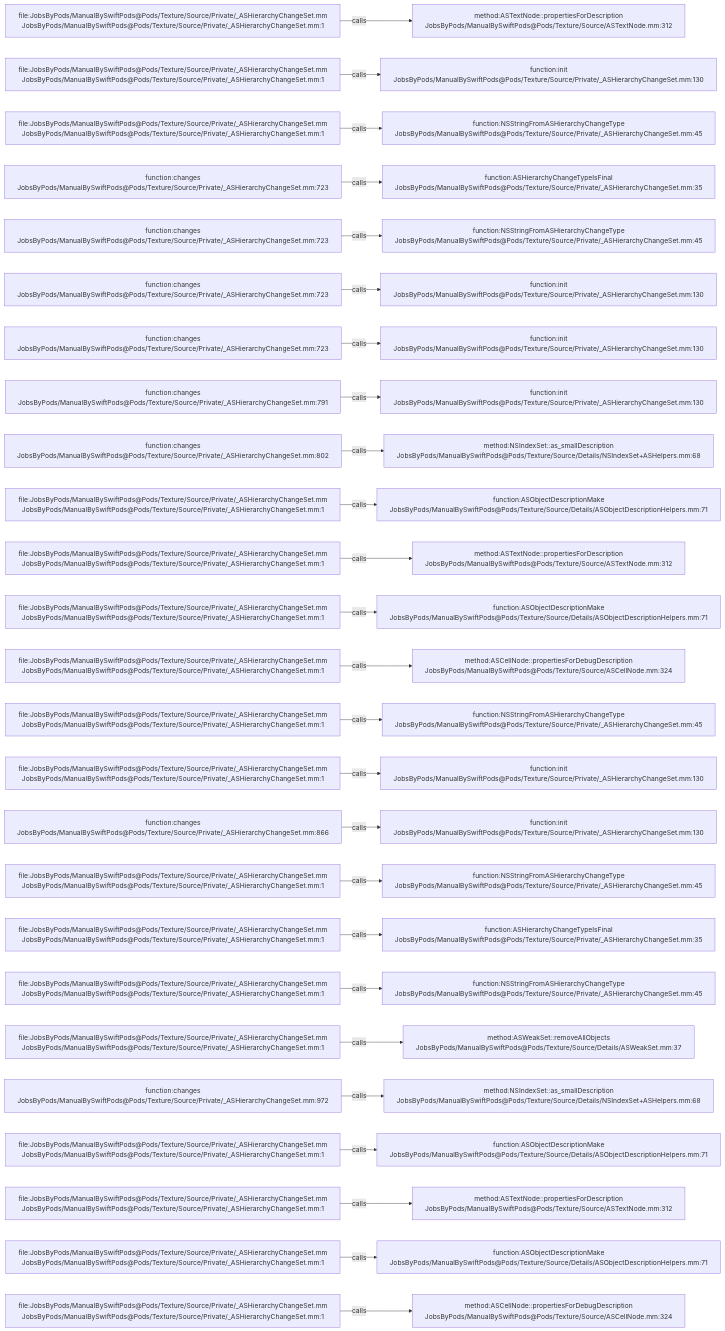
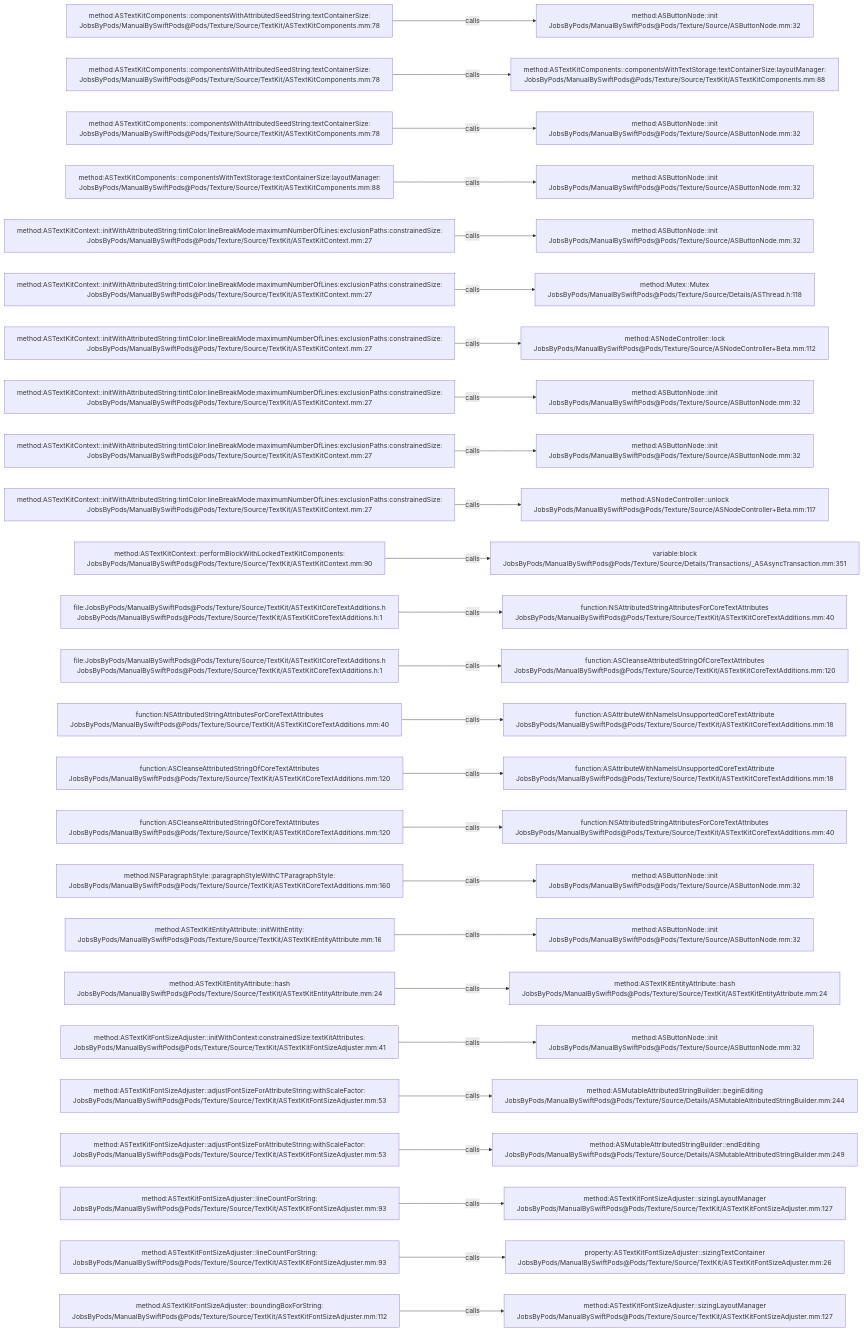
One commit to JobsKits/JobsSwiftBaseConfigDemo changed the diagram in .codegraph/codegraph.md/graphs/calls-148.md. Above: the diagram before and after it, drawn with Mermaid. The commit also changed 832 other files, not shown here.

````diff
--- a/.codegraph/codegraph.md/graphs/calls-148.md
+++ b/.codegraph/codegraph.md/graphs/calls-148.md
@@ -13,78 +13,78 @@
 ```mermaid
 flowchart LR
-  S1["file:JobsByPods/ManualBySwiftPods@Pods/Texture/Source/Private/_ASHierarchyChangeSet.mm<br/>JobsByPods/ManualBySwiftPods@Pods/Texture/Source/Private/_ASHierarchyChangeSet.mm:1"]
-  T1["method:ASTextNode::propertiesForDescription<br/>JobsByPods/ManualBySwiftPods@Pods/Texture/Source/ASTextNode.mm:312"]
+  S1["method:ASTextKitComponents::componentsWithAttributedSeedString:textContainerSize:<br/>JobsByPods/ManualBySwiftPods@Pods/Texture/Source/TextKit/ASTextKitComponents.mm:78"]
+  T1["method:ASButtonNode::init<br/>JobsByPods/ManualBySwiftPods@Pods/Texture/Source/ASButtonNode.mm:32"]
   S1 -->|calls| T1
-  S2["file:JobsByPods/ManualBySwiftPods@Pods/Texture/Source/Private/_ASHierarchyChangeSet.mm<br/>JobsByPods/ManualBySwiftPods@Pods/Texture/Source/Private/_ASHierarchyChangeSet.mm:1"]
-  T2["function:init<br/>JobsByPods/ManualBySwiftPods@Pods/Texture/Source/Private/_ASHierarchyChangeSet.mm:130"]
+  S2["method:ASTextKitComponents::componentsWithAttributedSeedString:textContainerSize:<br/>JobsByPods/ManualBySwiftPods@Pods/Texture/Source/TextKit/ASTextKitComponents.mm:78"]
+  T2["method:ASTextKitComponents::componentsWithTextStorage:textContainerSize:layoutManager:<br/>JobsByPods/ManualBySwiftPods@Pods/Texture/Source/TextKit/ASTextKitComponents.mm:88"]
   S2 -->|calls| T2
-  S3["file:JobsByPods/ManualBySwiftPods@Pods/Texture/Source/Private/_ASHierarchyChangeSet.mm<br/>JobsByPods/ManualBySwiftPods@Pods/Texture/Source/Private/_ASHierarchyChangeSet.mm:1"]
-  T3["function:NSStringFromASHierarchyChangeType<br/>JobsByPods/ManualBySwiftPods@Pods/Texture/Source/Private/_ASHierarchyChangeSet.mm:45"]
+  S3["method:ASTextKitComponents::componentsWithAttributedSeedString:textContainerSize:<br/>JobsByPods/ManualBySwiftPods@Pods/Texture/Source/TextKit/ASTextKitComponents.mm:78"]
+  T3["method:ASButtonNode::init<br/>JobsByPods/ManualBySwiftPods@Pods/Texture/Source/ASButtonNode.mm:32"]
   S3 -->|calls| T3
-  S4["function:changes<br/>JobsByPods/ManualBySwiftPods@Pods/Texture/Source/Private/_ASHierarchyChangeSet.mm:723"]
-  T4["function:ASHierarchyChangeTypeIsFinal<br/>JobsByPods/ManualBySwiftPods@Pods/Texture/Source/Private/_ASHierarchyChangeSet.mm:35"]
+  S4["method:ASTextKitComponents::componentsWithTextStorage:textContainerSize:layoutManager:<br/>JobsByPods/ManualBySwiftPods@Pods/Texture/Source/TextKit/ASTextKitComponents.mm:88"]
+  T4["method:ASButtonNode::init<br/>JobsByPods/ManualBySwiftPods@Pods/Texture/Source/ASButtonNode.mm:32"]
   S4 -->|calls| T4
-  S5["function:changes<br/>JobsByPods/ManualBySwiftPods@Pods/Texture/Source/Private/_ASHierarchyChangeSet.mm:723"]
-  T5["function:NSStringFromASHierarchyChangeType<br/>JobsByPods/ManualBySwiftPods@Pods/Texture/Source/Private/_ASHierarchyChangeSet.mm:45"]
+  S5["method:ASTextKitContext::initWithAttributedString:tintColor:lineBreakMode:maximumNumberOfLines:exclusionPaths:constrainedSize:<br/>JobsByPods/ManualBySwiftPods@Pods/Texture/Source/TextKit/ASTextKitContext.mm:27"]
+  T5["method:ASButtonNode::init<br/>JobsByPods/ManualBySwiftPods@Pods/Texture/Source/ASButtonNode.mm:32"]
   S5 -->|calls| T5
-  S6["function:changes<br/>JobsByPods/ManualBySwiftPods@Pods/Texture/Source/Private/_ASHierarchyChangeSet.mm:723"]
-  T6["function:init<br/>JobsByPods/ManualBySwiftPods@Pods/Texture/Source/Private/_ASHierarchyChangeSet.mm:130"]
+  S6["method:ASTextKitContext::initWithAttributedString:tintColor:lineBreakMode:maximumNumberOfLines:exclusionPaths:constrainedSize:<br/>JobsByPods/ManualBySwiftPods@Pods/Texture/Source/TextKit/ASTextKitContext.mm:27"]
+  T6["method:Mutex::Mutex<br/>JobsByPods/ManualBySwiftPods@Pods/Texture/Source/Details/ASThread.h:118"]
   S6 -->|calls| T6
-  S7["function:changes<br/>JobsByPods/ManualBySwiftPods@Pods/Texture/Source/Private/_ASHierarchyChangeSet.mm:723"]
-  T7["function:init<br/>JobsByPods/ManualBySwiftPods@Pods/Texture/Source/Private/_ASHierarchyChangeSet.mm:130"]
+  S7["method:ASTextKitContext::initWithAttributedString:tintColor:lineBreakMode:maximumNumberOfLines:exclusionPaths:constrainedSize:<br/>JobsByPods/ManualBySwiftPods@Pods/Texture/Source/TextKit/ASTextKitContext.mm:27"]
+  T7["method:ASNodeController::lock<br/>JobsByPods/ManualBySwiftPods@Pods/Texture/Source/ASNodeController+Beta.mm:112"]
   S7 -->|calls| T7
-  S8["function:changes<br/>JobsByPods/ManualBySwiftPods@Pods/Texture/Source/Private/_ASHierarchyChangeSet.mm:791"]
-  T8["function:init<br/>JobsByPods/ManualBySwiftPods@Pods/Texture/Source/Private/_ASHierarchyChangeSet.mm:130"]
+  S8["method:ASTextKitContext::initWithAttributedString:tintColor:lineBreakMode:maximumNumberOfLines:exclusionPaths:constrainedSize:<br/>JobsByPods/ManualBySwiftPods@Pods/Texture/Source/TextKit/ASTextKitContext.mm:27"]
+  T8["method:ASButtonNode::init<br/>JobsByPods/ManualBySwiftPods@Pods/Texture/Source/ASButtonNode.mm:32"]
   S8 -->|calls| T8
-  S9["function:changes<br/>JobsByPods/ManualBySwiftPods@Pods/Texture/Source/Private/_ASHierarchyChangeSet.mm:802"]
-  T9["method:NSIndexSet::as_smallDescription<br/>JobsByPods/ManualBySwiftPods@Pods/Texture/Source/Details/NSIndexSet+ASHelpers.mm:68"]
+  S9["method:ASTextKitContext::initWithAttributedString:tintColor:lineBreakMode:maximumNumberOfLines:exclusionPaths:constrainedSize:<br/>JobsByPods/ManualBySwiftPods@Pods/Texture/Source/TextKit/ASTextKitContext.mm:27"]
+  T9["method:ASButtonNode::init<br/>JobsByPods/ManualBySwiftPods@Pods/Texture/Source/ASButtonNode.mm:32"]
   S9 -->|calls| T9
-  S10["file:JobsByPods/ManualBySwiftPods@Pods/Texture/Source/Private/_ASHierarchyChangeSet.mm<br/>JobsByPods/ManualBySwiftPods@Pods/Texture/Source/Private/_ASHierarchyChangeSet.mm:1"]
-  T10["function:ASObjectDescriptionMake<br/>JobsByPods/ManualBySwiftPods@Pods/Texture/Source/Details/ASObjectDescriptionHelpers.mm:71"]
+  S10["method:ASTextKitContext::initWithAttributedString:tintColor:lineBreakMode:maximumNumberOfLines:exclusionPaths:constrainedSize:<br/>JobsByPods/ManualBySwiftPods@Pods/Texture/Source/TextKit/ASTextKitContext.mm:27"]
+  T10["method:ASNodeController::unlock<br/>JobsByPods/ManualBySwiftPods@Pods/Texture/Source/ASNodeController+Beta.mm:117"]
   S10 -->|calls| T10
-  S11["file:JobsByPods/ManualBySwiftPods@Pods/Texture/Source/Private/_ASHierarchyChangeSet.mm<br/>JobsByPods/ManualBySwiftPods@Pods/Texture/Source/Private/_ASHierarchyChangeSet.mm:1"]
-  T11["method:ASTextNode::propertiesForDescription<br/>JobsByPods/ManualBySwiftPods@Pods/Texture/Source/ASTextNode.mm:312"]
+  S11["method:ASTextKitContext::performBlockWithLockedTextKitComponents:<br/>JobsByPods/ManualBySwiftPods@Pods/Texture/Source/TextKit/ASTextKitContext.mm:90"]
+  T11["variable:block<br/>JobsByPods/ManualBySwiftPods@Pods/Texture/Source/Details/Transactions/_ASAsyncTransaction.mm:351"]
   S11 -->|calls| T11
-  S12["file:JobsByPods/ManualBySwiftPods@Pods/Texture/Source/Private/_ASHierarchyChangeSet.mm<br/>JobsByPods/ManualBySwiftPods@Pods/Texture/Source/Private/_ASHierarchyChangeSet.mm:1"]
-  T12["function:ASObjectDescriptionMake<br/>JobsByPods/ManualBySwiftPods@Pods/Texture/Source/Details/ASObjectDescriptionHelpers.mm:71"]
+  S12["file:JobsByPods/ManualBySwiftPods@Pods/Texture/Source/TextKit/ASTextKitCoreTextAdditions.h<br/>JobsByPods/ManualBySwiftPods@Pods/Texture/Source/TextKit/ASTextKitCoreTextAdditions.h:1"]
+  T12["function:NSAttributedStringAttributesForCoreTextAttributes<br/>JobsByPods/ManualBySwiftPods@Pods/Texture/Source/TextKit/ASTextKitCoreTextAdditions.mm:40"]
   S12 -->|calls| T12
-  S13["file:JobsByPods/ManualBySwiftPods@Pods/Texture/Source/Private/_ASHierarchyChangeSet.mm<br/>JobsByPods/ManualBySwiftPods@Pods/Texture/Source/Private/_ASHierarchyChangeSet.mm:1"]
-  T13["method:ASCellNode::propertiesForDebugDescription<br/>JobsByPods/ManualBySwiftPods@Pods/Texture/Source/ASCellNode.mm:324"]
+  S13["file:JobsByPods/ManualBySwiftPods@Pods/Texture/Source/TextKit/ASTextKitCoreTextAdditions.h<br/>JobsByPods/ManualBySwiftPods@Pods/Texture/Source/TextKit/ASTextKitCoreTextAdditions.h:1"]
+  T13["function:ASCleanseAttributedStringOfCoreTextAttributes<br/>JobsByPods/ManualBySwiftPods@Pods/Texture/Source/TextKit/ASTextKitCoreTextAdditions.mm:120"]
   S13 -->|calls| T13
-  S14["file:JobsByPods/ManualBySwiftPods@Pods/Texture/Source/Private/_ASHierarchyChangeSet.mm<br/>JobsByPods/ManualBySwiftPods@Pods/Texture/Source/Private/_ASHierarchyChangeSet.mm:1"]
-  T14["function:NSStringFromASHierarchyChangeType<br/>JobsByPods/ManualBySwiftPods@Pods/Texture/Source/Private/_ASHierarchyChangeSet.mm:45"]
+  S14["function:NSAttributedStringAttributesForCoreTextAttributes<br/>JobsByPods/ManualBySwiftPods@Pods/Texture/Source/TextKit/ASTextKitCoreTextAdditions.mm:40"]
+  T14["function:ASAttributeWithNameIsUnsupportedCoreTextAttribute<br/>JobsByPods/ManualBySwiftPods@Pods/Texture/Source/TextKit/ASTextKitCoreTextAdditions.mm:18"]
   S14 -->|calls| T14
-  S15["file:JobsByPods/ManualBySwiftPods@Pods/Texture/Source/Private/_ASHierarchyChangeSet.mm<br/>JobsByPods/ManualBySwiftPods@Pods/Texture/Source/Private/_ASHierarchyChangeSet.mm:1"]
-  T15["function:init<br/>JobsByPods/ManualBySwiftPods@Pods/Texture/Source/Private/_ASHierarchyChangeSet.mm:130"]
+  S15["function:ASCleanseAttributedStringOfCoreTextAttributes<br/>JobsByPods/ManualBySwiftPods@Pods/Texture/Source/TextKit/ASTextKitCoreTextAdditions.mm:120"]
+  T15["function:ASAttributeWithNameIsUnsupportedCoreTextAttribute<br/>JobsByPods/ManualBySwiftPods@Pods/Texture/Source/TextKit/ASTextKitCoreTextAdditions.mm:18"]
   S15 -->|calls| T15
-  S16["function:changes<br/>JobsByPods/ManualBySwiftPods@Pods/Texture/Source/Private/_ASHierarchyChangeSet.mm:866"]
-  T16["function:init<br/>JobsByPods/ManualBySwiftPods@Pods/Texture/Source/Private/_ASHierarchyChangeSet.mm:130"]
+  S16["function:ASCleanseAttributedStringOfCoreTextAttributes<br/>JobsByPods/ManualBySwiftPods@Pods/Texture/Source/TextKit/ASTextKitCoreTextAdditions.mm:120"]
+  T16["function:NSAttributedStringAttributesForCoreTextAttributes<br/>JobsByPods/ManualBySwiftPods@Pods/Texture/Source/TextKit/ASTextKitCoreTextAdditions.mm:40"]
   S16 -->|calls| T16
-  S17["file:JobsByPods/ManualBySwiftPods@Pods/Texture/Source/Private/_ASHierarchyChangeSet.mm<br/>JobsByPods/ManualBySwiftPods@Pods/Texture/Source/Private/_ASHierarchyChangeSet.mm:1"]
-  T17["function:NSStringFromASHierarchyChangeType<br/>JobsByPods/ManualBySwiftPods@Pods/Texture/Source/Private/_ASHierarchyChangeSet.mm:45"]
+  S17["method:NSParagraphStyle::paragraphStyleWithCTParagraphStyle:<br/>JobsByPods/ManualBySwiftPods@Pods/Texture/Source/TextKit/ASTextKitCoreTextAdditions.mm:160"]
+  T17["method:ASButtonNode::init<br/>JobsByPods/ManualBySwiftPods@Pods/Texture/Source/ASButtonNode.mm:32"]
   S17 -->|calls| T17
-  S18["file:JobsByPods/ManualBySwiftPods@Pods/Texture/Source/Private/_ASHierarchyChangeSet.mm<br/>JobsByPods/ManualBySwiftPods@Pods/Texture/Source/Private/_ASHierarchyChangeSet.mm:1"]
-  T18["function:ASHierarchyChangeTypeIsFinal<br/>JobsByPods/ManualBySwiftPods@Pods/Texture/Source/Private/_ASHierarchyChangeSet.mm:35"]
+  S18["method:ASTextKitEntityAttribute::initWithEntity:<br/>JobsByPods/ManualBySwiftPods@Pods/Texture/Source/TextKit/ASTextKitEntityAttribute.mm:16"]
+  T18["method:ASButtonNode::init<br/>JobsByPods/ManualBySwiftPods@Pods/Texture/Source/ASButtonNode.mm:32"]
   S18 -->|calls| T18
-  S19["file:JobsByPods/ManualBySwiftPods@Pods/Texture/Source/Private/_ASHierarchyChangeSet.mm<br/>JobsByPods/ManualBySwiftPods@Pods/Texture/Source/Private/_ASHierarchyChangeSet.mm:1"]
-  T19["function:NSStringFromASHierarchyChangeType<br/>JobsByPods/ManualBySwiftPods@Pods/Texture/Source/Private/_ASHierarchyChangeSet.mm:45"]
+  S19["method:ASTextKitEntityAttribute::hash<br/>JobsByPods/ManualBySwiftPods@Pods/Texture/Source/TextKit/ASTextKitEntityAttribute.mm:24"]
+  T19["method:ASTextKitEntityAttribute::hash<br/>JobsByPods/ManualBySwiftPods@Pods/Texture/Source/TextKit/ASTextKitEntityAttribute.mm:24"]
   S19 -->|calls| T19
-  S20["file:JobsByPods/ManualBySwiftPods@Pods/Texture/Source/Private/_ASHierarchyChangeSet.mm<br/>JobsByPods/ManualBySwiftPods@Pods/Texture/Source/Private/_ASHierarchyChangeSet.mm:1"]
-  T20["method:ASWeakSet::removeAllObjects<br/>JobsByPods/ManualBySwiftPods@Pods/Texture/Source/Details/ASWeakSet.mm:37"]
+  S20["method:ASTextKitFontSizeAdjuster::initWithContext:constrainedSize:textKitAttributes:<br/>JobsByPods/ManualBySwiftPods@Pods/Texture/Source/TextKit/ASTextKitFontSizeAdjuster.mm:41"]
+  T20["method:ASButtonNode::init<br/>JobsByPods/ManualBySwiftPods@Pods/Texture/Source/ASButtonNode.mm:32"]
   S20 -->|calls| T20
-  S21["function:changes<br/>JobsByPods/ManualBySwiftPods@Pods/Texture/Source/Private/_ASHierarchyChangeSet.mm:972"]
-  T21["method:NSIndexSet::as_smallDescription<br/>JobsByPods/ManualBySwiftPods@Pods/Texture/Source/Details/NSIndexSet+ASHelpers.mm:68"]
+  S21["method:ASTextKitFontSizeAdjuster::adjustFontSizeForAttributeString:withScaleFactor:<br/>JobsByPods/ManualBySwiftPods@Pods/Texture/Source/TextKit/ASTextKitFontSizeAdjuster.mm:53"]
+  T21["method:ASMutableAttributedStringBuilder::beginEditing<br/>JobsByPods/ManualBySwiftPods@Pods/Texture/Source/Details/ASMutableAttributedStringBuilder.mm:244"]
   S21 -->|calls| T21
-  S22["file:JobsByPods/ManualBySwiftPods@Pods/Texture/Source/Private/_ASHierarchyChangeSet.mm<br/>JobsByPods/ManualBySwiftPods@Pods/Texture/Source/Private/_ASHierarchyChangeSet.mm:1"]
-  T22["function:ASObjectDescriptionMake<br/>JobsByPods/ManualBySwiftPods@Pods/Texture/Source/Details/ASObjectDescriptionHelpers.mm:71"]
+  S22["method:ASTextKitFontSizeAdjuster::adjustFontSizeForAttributeString:withScaleFactor:<br/>JobsByPods/ManualBySwiftPods@Pods/Texture/Source/TextKit/ASTextKitFontSizeAdjuster.mm:53"]
+  T22["method:ASMutableAttributedStringBuilder::endEditing<br/>JobsByPods/ManualBySwiftPods@Pods/Texture/Source/Details/ASMutableAttributedStringBuilder.mm:249"]
   S22 -->|calls| T22
-  S23["file:JobsByPods/ManualBySwiftPods@Pods/Texture/Source/Private/_ASHierarchyChangeSet.mm<br/>JobsByPods/ManualBySwiftPods@Pods/Texture/Source/Private/_ASHierarchyChangeSet.mm:1"]
-  T23["method:ASTextNode::propertiesForDescription<br/>JobsByPods/ManualBySwiftPods@Pods/Texture/Source/ASTextNode.mm:312"]
+  S23["method:ASTextKitFontSizeAdjuster::lineCountForString:<br/>JobsByPods/ManualBySwiftPods@Pods/Texture/Source/TextKit/ASTextKitFontSizeAdjuster.mm:93"]
+  T23["method:ASTextKitFontSizeAdjuster::sizingLayoutManager<br/>JobsByPods/ManualBySwiftPods@Pods/Texture/Source/TextKit/ASTextKitFontSizeAdjuster.mm:127"]
   S23 -->|calls| T23
-  S24["file:JobsByPods/ManualBySwiftPods@Pods/Texture/Source/Private/_ASHierarchyChangeSet.mm<br/>JobsByPods/ManualBySwiftPods@Pods/Texture/Source/Private/_ASHierarchyChangeSet.mm:1"]
-  T24["function:ASObjectDescriptionMake<br/>JobsByPods/ManualBySwiftPods@Pods/Texture/Source/Details/ASObjectDescriptionHelpers.mm:71"]
+  S24["method:ASTextKitFontSizeAdjuster::lineCountForString:<br/>JobsByPods/ManualBySwiftPods@Pods/Texture/Source/TextKit/ASTextKitFontSizeAdjuster.mm:93"]
+  T24["property:ASTextKitFontSizeAdjuster::sizingTextContainer<br/>JobsByPods/ManualBySwiftPods@Pods/Texture/Source/TextKit/ASTextKitFontSizeAdjuster.mm:26"]
   S24 -->|calls| T24
-  S25["file:JobsByPods/ManualBySwiftPods@Pods/Texture/Source/Private/_ASHierarchyChangeSet.mm<br/>JobsByPods/ManualBySwiftPods@Pods/Texture/Source/Private/_ASHierarchyChangeSet.mm:1"]
-  T25["method:ASCellNode::propertiesForDebugDescription<br/>JobsByPods/ManualBySwiftPods@Pods/Texture/Source/ASCellNode.mm:324"]
+  S25["method:ASTextKitFontSizeAdjuster::boundingBoxForString:<br/>JobsByPods/ManualBySwiftPods@Pods/Texture/Source/TextKit/ASTextKitFontSizeAdjuster.mm:112"]
+  T25["method:ASTextKitFontSizeAdjuster::sizingLayoutManager<br/>JobsByPods/ManualBySwiftPods@Pods/Texture/Source/TextKit/ASTextKitFontSizeAdjuster.mm:127"]
   S25 -->|calls| T25
 ```
````
